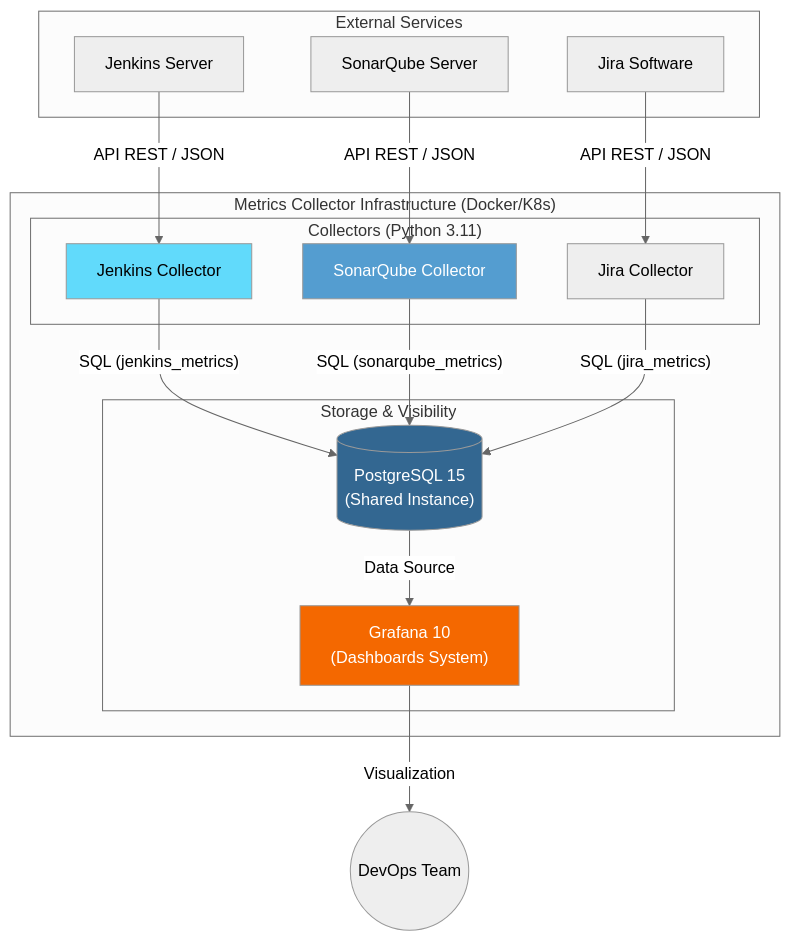
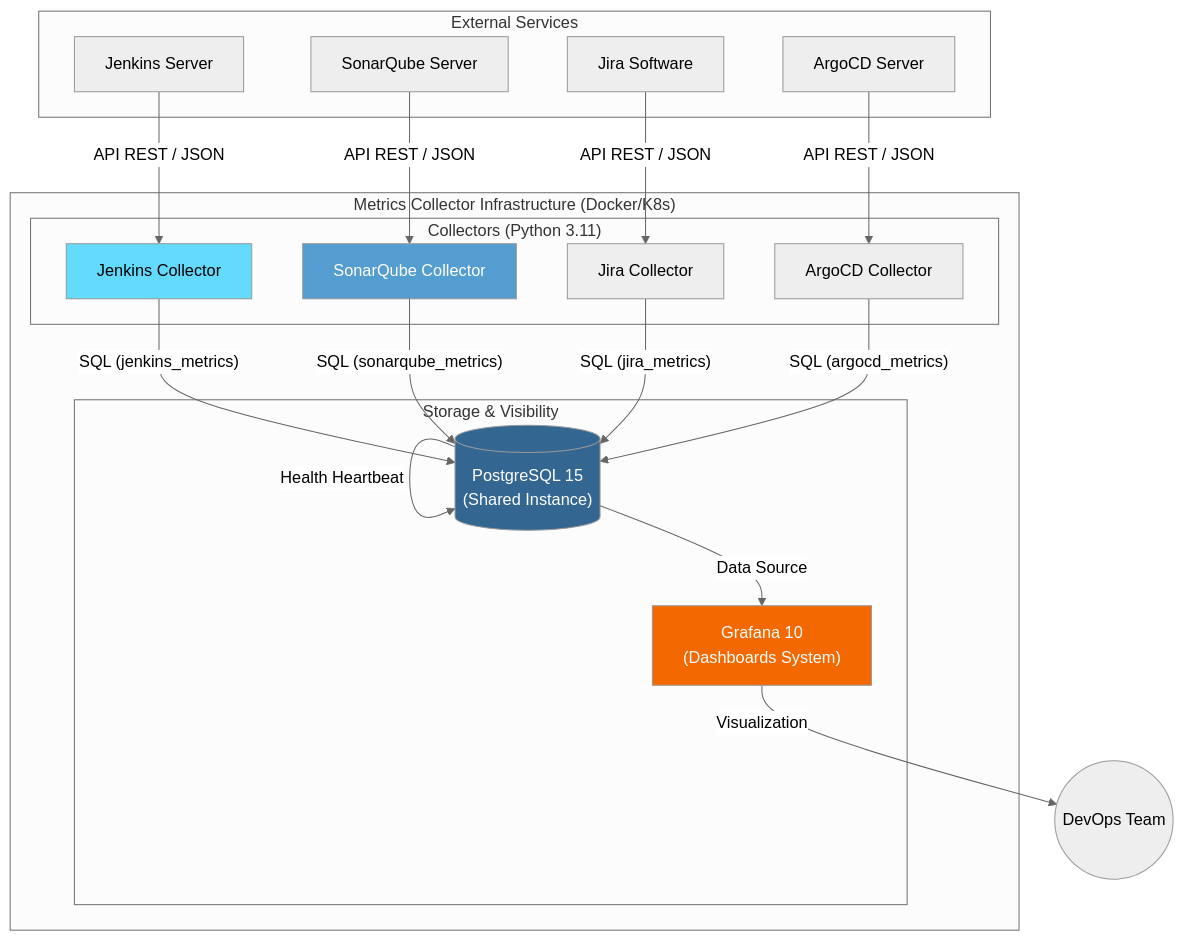
One commit to grs89/Metrics_Collector changed the diagram in ARCHITECTURE.md. Above: the diagram before and after it, drawn with Mermaid (neutral theme). The commit also changed 14 other files, not shown here.

````diff
--- a/ARCHITECTURE.md
+++ b/ARCHITECTURE.md
@@ -11,38 +11,43 @@
 ```mermaid
 graph TD
     subgraph "External Services"
         Jenkins["Jenkins Server"]
         Sonar["SonarQube Server"]
         Jira["Jira Software"]
+        Argo["ArgoCD Server"]
     end
 
     subgraph "Metrics Collector Infrastructure (Docker/K8s)"
         subgraph "Collectors (Python 3.11)"
             JC["Jenkins Collector"]
             SC["SonarQube Collector"]
             JRC["Jira Collector"]
+            AC["ArgoCD Collector"]
         end
 
         subgraph "Storage & Visibility"
             DB[("PostgreSQL 15<br/>(Shared Instance)")]
             GF["Grafana 10<br/>(Dashboards System)"]
         end
     end
 
     %% Flow
     Jenkins -->|"API REST / JSON"| JC
     Sonar -->|"API REST / JSON"| SC
     Jira -->|"API REST / JSON"| JRC
+    Argo -->|"API REST / JSON"| AC
     
     JC -->|"SQL (jenkins_metrics)"| DB
     SC -->|"SQL (sonarqube_metrics)"| DB
     JRC -->|"SQL (jira_metrics)"| DB
+    AC -->|"SQL (argocd_metrics)"| DB
     
+    DB -->|"Health Heartbeat"| DB
     DB -->|"Data Source"| GF
     GF -->|"Visualization"| User((DevOps Team))
 
     style DB fill:#336791,color:#fff
     style GF fill:#F46800,color:#fff
     style JC fill:#61dafb,color:#000
     style SC fill:#549dd0,color:#fff
 ```
````
